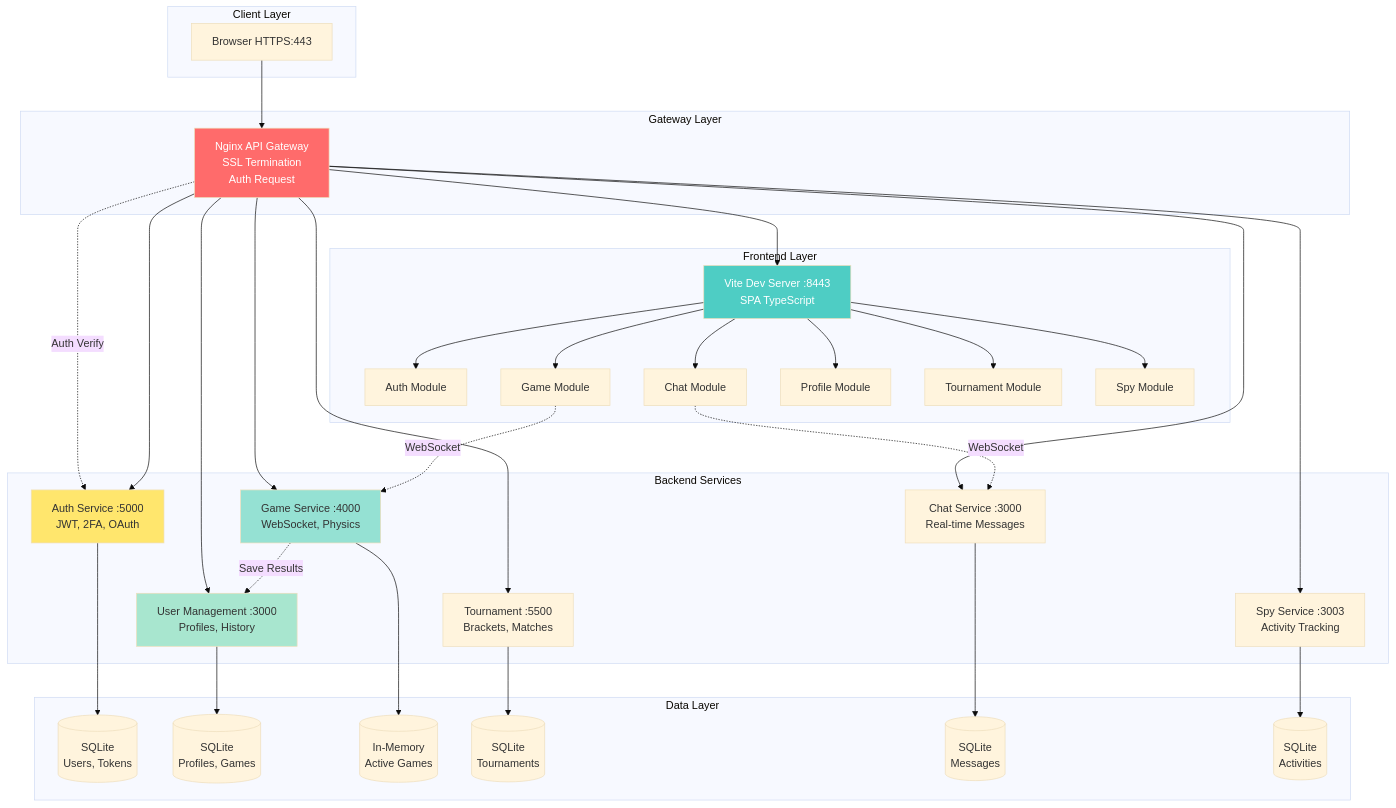
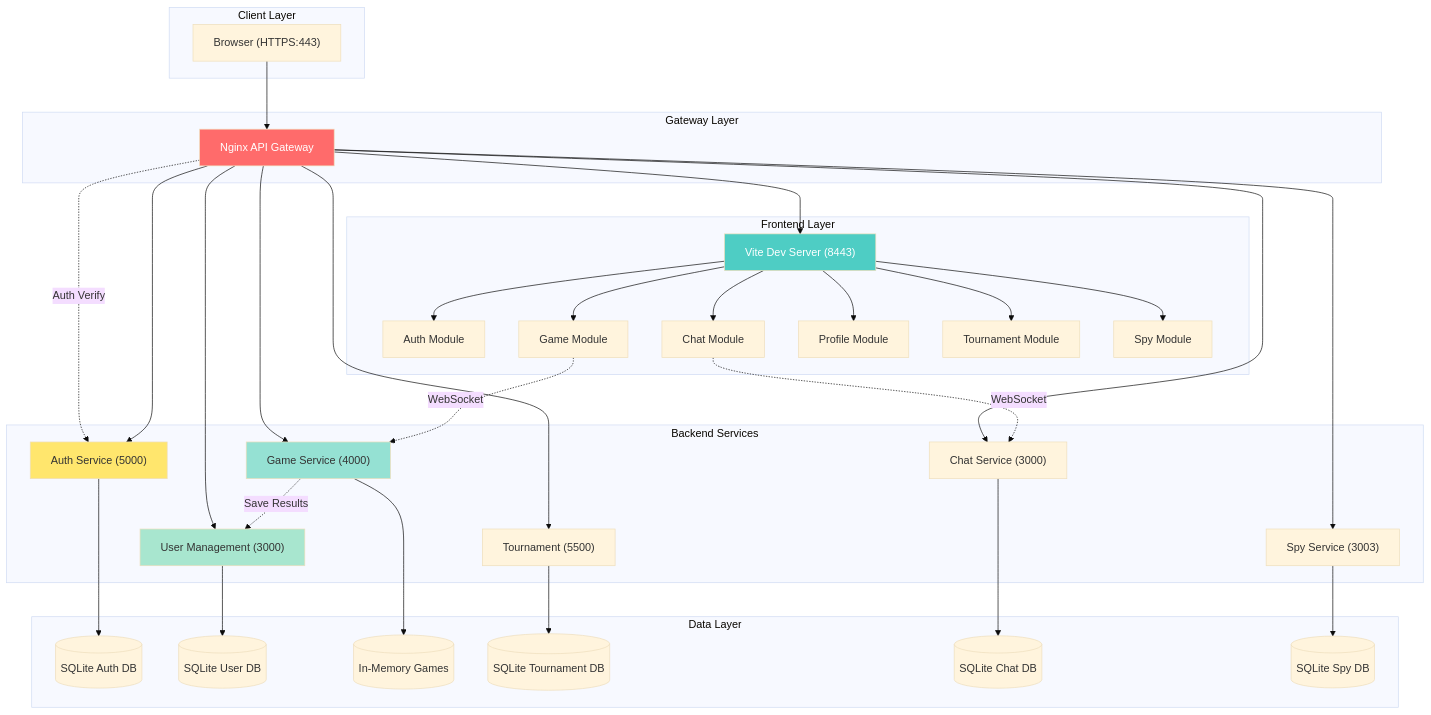
One commit to sle-eper/gameP changed the fifth of 5 diagrams in PROJECT_DOCUMENTATION.md. Above: the diagram before and after it, drawn with Mermaid (base theme). The commit also changed other lines of this file, not shown here.

Commit message:
Update architecture diagram labels for clarity

````diff
--- a/PROJECT_DOCUMENTATION.md
+++ b/PROJECT_DOCUMENTATION.md
@@ -630,72 +630,72 @@
 ```mermaid
 graph TB
-    subgraph "Client Layer"
-        Browser[Browser HTTPS:443]
+    subgraph ClientLayer["Client Layer"]
+        Browser["Browser (HTTPS:443)"]
     end
     
-    subgraph "Gateway Layer"
-        Nginx[Nginx API Gateway<br/>SSL Termination<br/>Auth Request]
+    subgraph GatewayLayer["Gateway Layer"]
+        Nginx["Nginx API Gateway"]
     end
     
-    subgraph "Frontend Layer"
-        Vite[Vite Dev Server :8443<br/>SPA TypeScript]
-        AuthUI[Auth Module]
-        GameUI[Game Module]
-        ChatUI[Chat Module]
-        ProfileUI[Profile Module]
-        TournamentUI[Tournament Module]
-        SpyUI[Spy Module]
+    subgraph FrontendLayer["Frontend Layer"]
+        Vite["Vite Dev Server (8443)"]
+        AuthUI["Auth Module"]
+        GameUI["Game Module"]
+        ChatUI["Chat Module"]
+        ProfileUI["Profile Module"]
+        TournamentUI["Tournament Module"]
+        SpyUI["Spy Module"]
         
         Vite --> AuthUI
         Vite --> GameUI
         Vite --> ChatUI
         Vite --> ProfileUI
         Vite --> TournamentUI
         Vite --> SpyUI
     end
     
-    subgraph "Backend Services"
-        Auth[Auth Service :5000<br/>JWT, 2FA, OAuth]
-        UserMgmt[User Management :3000<br/>Profiles, History]
-        Game[Game Service :4000<br/>WebSocket, Physics]
-        Tournament[Tournament :5500<br/>Brackets, Matches]
-        Chat[Chat Service :3000<br/>Real-time Messages]
-        Spy[Spy Service :3003<br/>Activity Tracking]
+    subgraph BackendServices["Backend Services"]
+        Auth["Auth Service (5000)"]
+        UserMgmt["User Management (3000)"]
+        Game["Game Service (4000)"]
+        Tournament["Tournament (5500)"]
+        Chat["Chat Service (3000)"]
+        Spy["Spy Service (3003)"]
     end
     
-    subgraph "Data Layer"
-        AuthDB[(SQLite<br/>Users, Tokens)]
-        UserDB[(SQLite<br/>Profiles, Games)]
-        GameDB[(In-Memory<br/>Active Games)]
-        TournamentDB[(SQLite<br/>Tournaments)]
-        ChatDB[(SQLite<br/>Messages)]
-        SpyDB[(SQLite<br/>Activities)]
+    subgraph DataLayer["Data Layer"]
+        AuthDB[("SQLite Auth DB")]
+        UserDB[("SQLite User DB")]
+        GameDB[("In-Memory Games")]
+        TournamentDB[("SQLite Tournament DB")]
+        ChatDB[("SQLite Chat DB")]
+        SpyDB[("SQLite Spy DB")]
     end
     
     Browser --> Nginx
     Nginx --> Vite
     Nginx -.Auth Verify.-> Auth
     Nginx --> Auth
     Nginx --> UserMgmt
     Nginx --> Game
     Nginx --> Tournament
     Nginx --> Chat
     Nginx --> Spy
     
     GameUI -.WebSocket.-> Game
     ChatUI -.WebSocket.-> Chat
     
     Auth --> AuthDB
     UserMgmt --> UserDB
     Game --> GameDB
     Game -.Save Results.-> UserMgmt
     Tournament --> TournamentDB
     Chat --> ChatDB
     Spy --> SpyDB
     
     style Nginx fill:#ff6b6b,color:#fff
     style Vite fill:#4ecdc4,color:#fff
     style Auth fill:#ffe66d
     style Game fill:#95e1d3
     style UserMgmt fill:#a8e6cf
 ```
````
